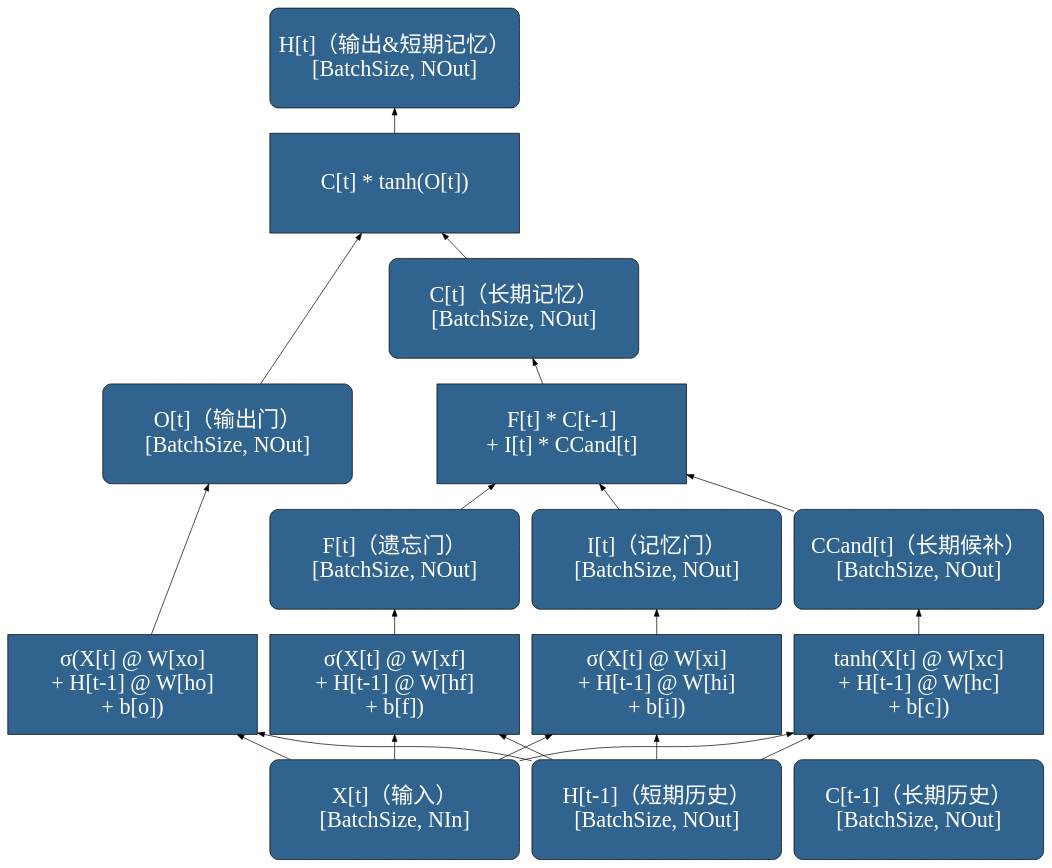
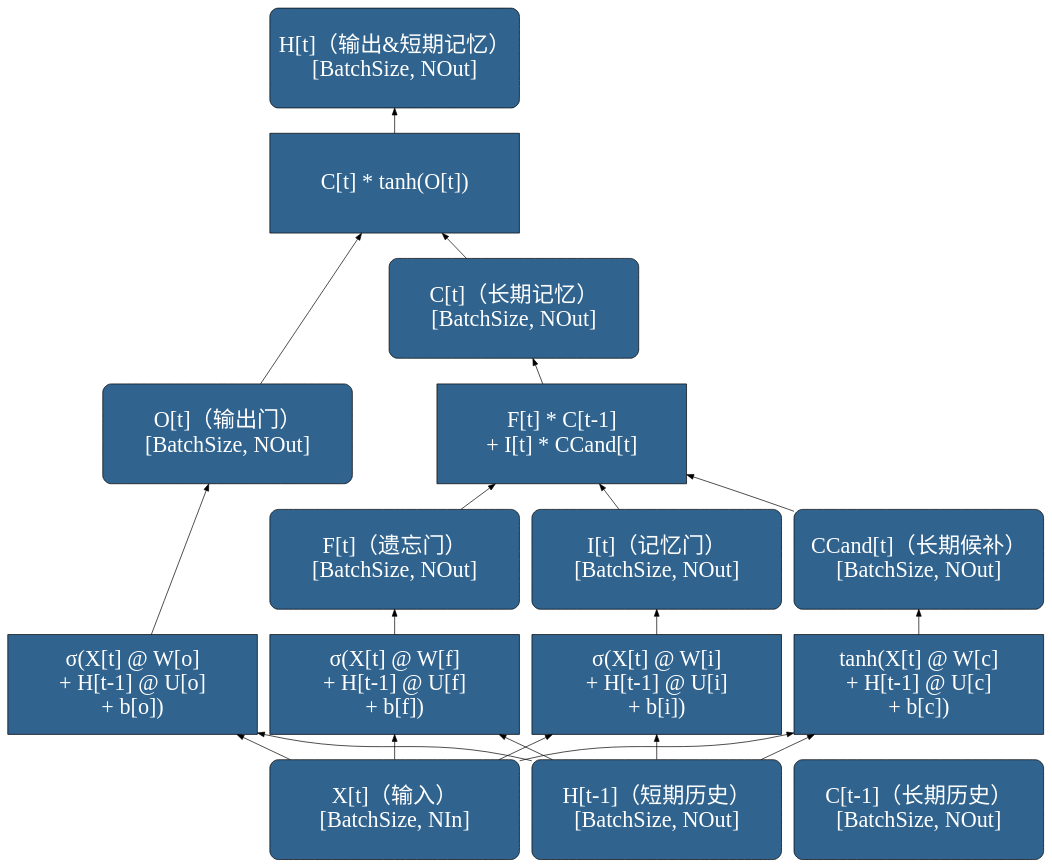
The diagram in docs/basic_dl_arch/5_4_lstm_cell.dot (OpenDocCN/python-code-anls), drawn with Graphviz before and after one commit. The commit also changed 1 other file, not shown here.

```diff
--- a/docs/basic_dl_arch/5_4_lstm_cell.dot
+++ b/docs/basic_dl_arch/5_4_lstm_cell.dot
@@ -1,55 +1,55 @@
 digraph GRUCell {
 	rankdir=BT
     node [
 		style=filled, 
 		color=Black
 		fontcolor=White, 
 		fillcolor="#30638e", 
 		fontname="SimHei",
 		fontsize=32,
 		width=5, height=2,
 		shape="box",
 	]
 
     x [label="X[t]（输入）\n[BatchSize, NIn]", shape="Mrecord"]
     his_h [label="H[t-1]（短期历史）\n[BatchSize, NOut]", shape="Mrecord"]
     his_c [label="C[t-1]（长期历史）\n[BatchSize, NOut]", shape="Mrecord"]
     
-    calc_f [label="σ(X[t] @ W[xf]\n + H[t-1] @ W[hf]\n + b[f])"]
-    calc_i [label="σ(X[t] @ W[xi]\n + H[t-1] @ W[hi]\n + b[i])"]
-    calc_c_cand [label="tanh(X[t] @ W[xc]\n + H[t-1] @ W[hc]\n + b[c])"]
-    calc_o [label="σ(X[t] @ W[xo]\n + H[t-1] @ W[ho]\n + b[o])"]
+    calc_f [label="σ(X[t] @ W[f]\n + H[t-1] @ U[f]\n + b[f])"]
+    calc_i [label="σ(X[t] @ W[i]\n + H[t-1] @ U[i]\n + b[i])"]
+    calc_c_cand [label="tanh(X[t] @ W[c]\n + H[t-1] @ U[c]\n + b[c])"]
+    calc_o [label="σ(X[t] @ W[o]\n + H[t-1] @ U[o]\n + b[o])"]
     
     f   [label="F[t]（遗忘门）\n[BatchSize, NOut]", shape="Mrecord"]
     i   [label="I[t]（记忆门）\n[BatchSize, NOut]", shape="Mrecord"]
     c_cand   [label="CCand[t]（长期候补）\n[BatchSize, NOut]", shape="Mrecord"]
     o   [label="O[t]（输出门）\n[BatchSize, NOut]", shape="Mrecord"]
 
     calc_c [label="F[t] * C[t-1]\n + I[t] * CCand[t]"]
     calc_h [label="C[t] * tanh(O[t])"]
 
     h [label="H[t]（输出&短期记忆）\n[BatchSize, NOut]", shape="Mrecord"]
     c [label="C[t]（长期记忆）\n[BatchSize, NOut]", shape="Mrecord"]
 
     x -> calc_f
     x -> calc_i
     x -> calc_c_cand
     x -> calc_o
 
     his_h -> calc_f -> f
     his_h -> calc_i -> i
     his_h -> calc_c_cand -> c_cand
     his_h -> calc_o -> o
 
     f -> calc_c
     i -> calc_c
     c_cand -> calc_c
 
     calc_c -> c
 
     c -> calc_h
     o -> calc_h
     calc_h -> h
 
 
 }
```
